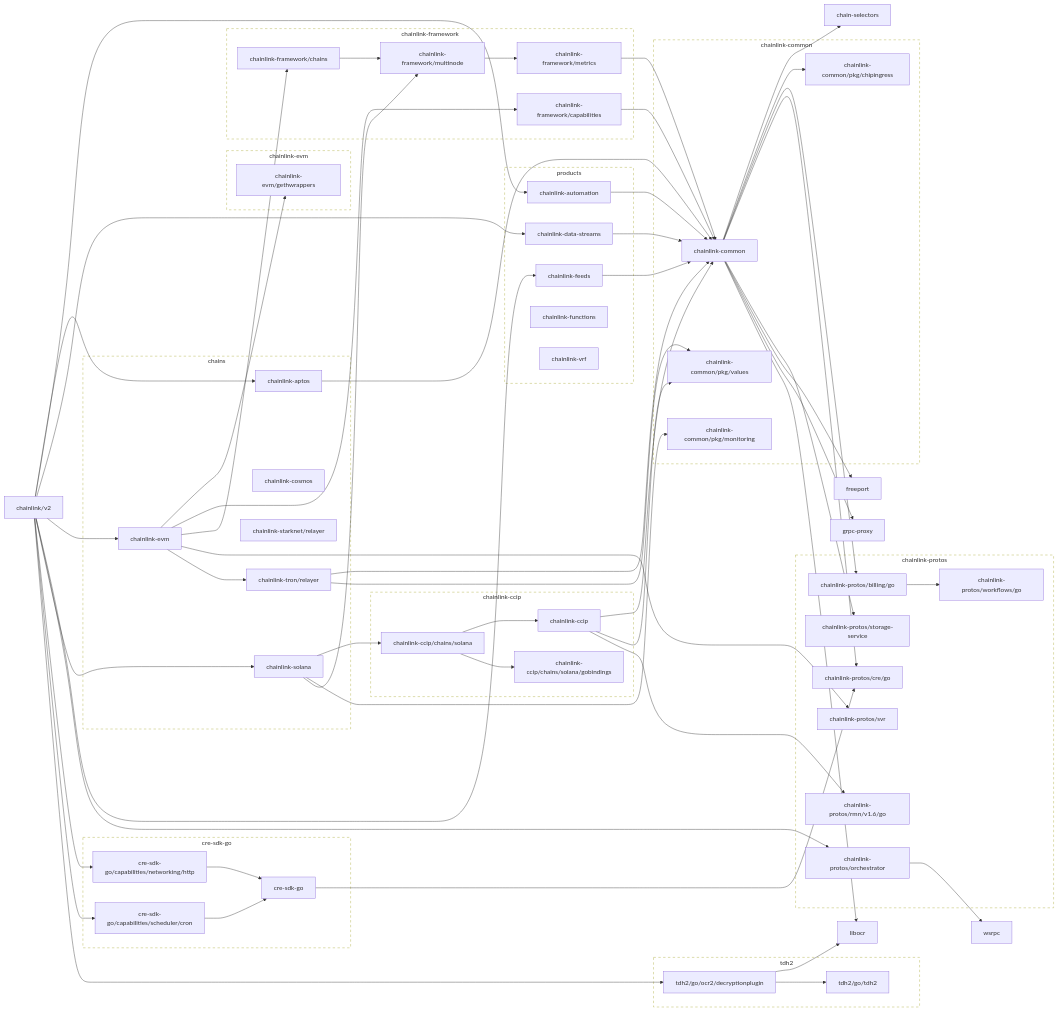
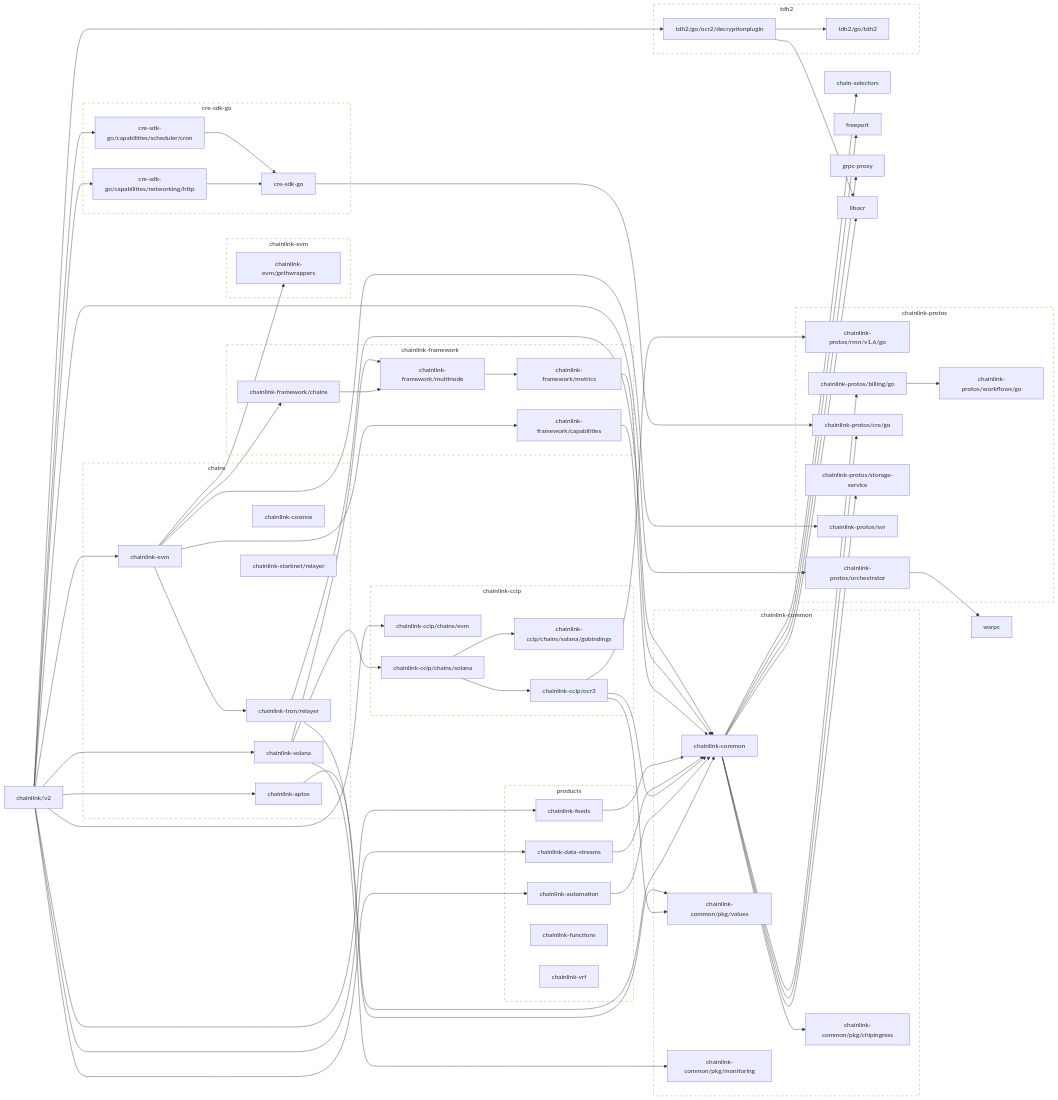
The first of 2 diagrams in go.md (smartcontractkit/chainlink), drawn with Mermaid before and after one commit. The commit also changed other lines of this file and 16 other files, not shown here.

```diff
--- a/go.md
+++ b/go.md
@@ -28,15 +28,17 @@
 	click chainlink-aptos href "https://github.com/smartcontractkit/chainlink-aptos"
 	chainlink-automation --> chainlink-common
 	click chainlink-automation href "https://github.com/smartcontractkit/chainlink-automation"
-	chainlink-ccip --> chainlink-common
-	chainlink-ccip --> chainlink-common/pkg/values
-	chainlink-ccip --> chainlink-protos/rmn/v1.6/go
-	click chainlink-ccip href "https://github.com/smartcontractkit/chainlink-ccip"
-	chainlink-ccip/chains/solana --> chainlink-ccip
+	chainlink-ccip/chains/evm
+	click chainlink-ccip/chains/evm href "https://github.com/smartcontractkit/chainlink-ccip"
 	chainlink-ccip/chains/solana --> chainlink-ccip/chains/solana/gobindings
+	chainlink-ccip/chains/solana --> chainlink-ccip/ocr3
 	click chainlink-ccip/chains/solana href "https://github.com/smartcontractkit/chainlink-ccip"
 	chainlink-ccip/chains/solana/gobindings
 	click chainlink-ccip/chains/solana/gobindings href "https://github.com/smartcontractkit/chainlink-ccip"
+	chainlink-ccip/ocr3 --> chainlink-common
+	chainlink-ccip/ocr3 --> chainlink-common/pkg/values
+	chainlink-ccip/ocr3 --> chainlink-protos/rmn/v1.6/go
+	click chainlink-ccip/ocr3 href "https://github.com/smartcontractkit/chainlink-ccip"
 	chainlink-common --> chain-selectors
 	chainlink-common --> chainlink-common/pkg/chipingress
 	chainlink-common --> chainlink-protos/billing/go
@@ -95,6 +97,7 @@
 	click chainlink-tron/relayer href "https://github.com/smartcontractkit/chainlink-tron"
 	chainlink/v2 --> chainlink-aptos
 	chainlink/v2 --> chainlink-automation
+	chainlink/v2 --> chainlink-ccip/chains/evm
 	chainlink/v2 --> chainlink-data-streams
 	chainlink/v2 --> chainlink-evm
 	chainlink/v2 --> chainlink-feeds
@@ -125,9 +128,10 @@
 	click wsrpc href "https://github.com/smartcontractkit/wsrpc"
 
 	subgraph chainlink-ccip-repo[chainlink-ccip]
-		 chainlink-ccip
+		 chainlink-ccip/chains/evm
 		 chainlink-ccip/chains/solana
 		 chainlink-ccip/chains/solana/gobindings
+		 chainlink-ccip/ocr3
 	end
 	click chainlink-ccip-repo href "https://github.com/smartcontractkit/chainlink-ccip"
 
```
